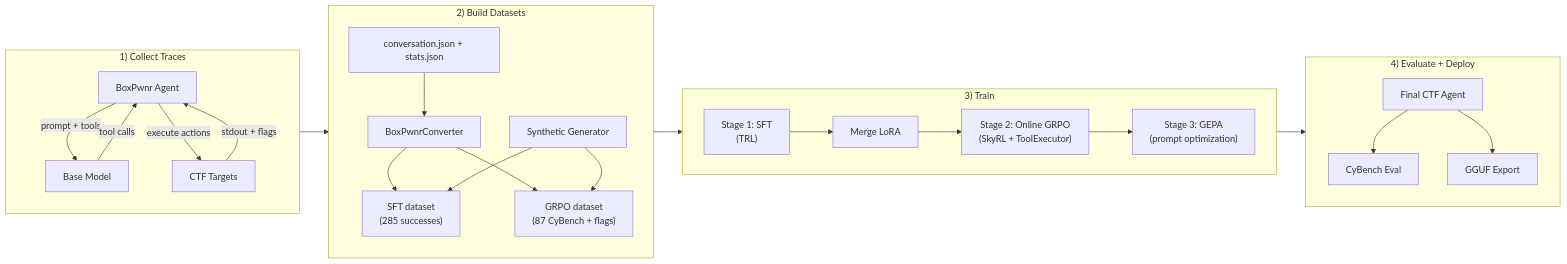
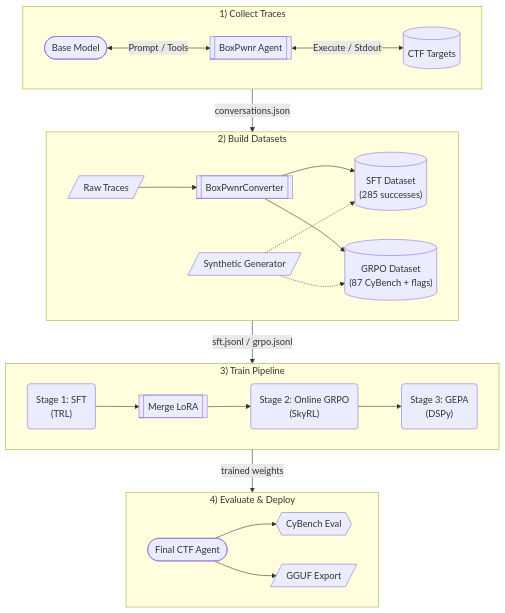
The first of 3 diagrams in README.md (westonbrown/open-ctf-env), drawn with Mermaid before and after one commit. The commit also changed other lines of this file and 17 other files, not shown here.

Commit message:
docs: refine, semanticize, and simplify mermaid architecture charts

````diff
--- a/README.md
+++ b/README.md
@@ -18,31 +18,33 @@
 ```mermaid
-flowchart LR
+flowchart TD
     subgraph collect["1) Collect Traces"]
-        box["BoxPwnr Agent"] -- "prompt + tools" --> model["Base Model"]
-        model -- "tool calls" --> box
-        box -- "execute actions" --> targets["CTF Targets"]
-        targets -- "stdout + flags" --> box
+        direction LR
+        Model(["Base Model"]) <-->|Prompt / Tools| Box[["BoxPwnr Agent"]]
+        Box <-->|Execute / Stdout| Targets[("CTF Targets")]
     end
 
     subgraph convert["2) Build Datasets"]
-        traces["conversation.json + stats.json"] --> converter["BoxPwnrConverter"]
-        converter --> sft_data["SFT dataset<br/>(285 successes)"]
-        converter --> grpo_data["GRPO dataset<br/>(87 CyBench + flags)"]
-        synth["Synthetic Generator"] --> sft_data
-        synth --> grpo_data
+        direction LR
+        Traces[/"Raw Traces"/] --> Converter[["BoxPwnrConverter"]]
+        Converter --> SFT_DB[("SFT Dataset<br/>(285 successes)")]
+        Converter --> GRPO_DB[("GRPO Dataset<br/>(87 CyBench + flags)")]
+        Synth[/"Synthetic Generator"/] -.-> SFT_DB & GRPO_DB
     end
 
-    subgraph train["3) Train"]
+    subgraph train["3) Train Pipeline"]
         direction LR
-        sft["Stage 1: SFT<br/>(TRL)"] --> merge["Merge LoRA"]
-        merge --> grpo["Stage 2: Online GRPO<br/>(SkyRL + ToolExecutor)"]
-        grpo --> gepa["Stage 3: GEPA<br/>(prompt optimization)"]
+        SFT("Stage 1: SFT<br/>(TRL)") --> Merge[["Merge LoRA"]]
+        Merge --> GRPO("Stage 2: Online GRPO<br/>(SkyRL)")
+        GRPO --> GEPA("Stage 3: GEPA<br/>(DSPy)")
     end
 
-    subgraph deploy["4) Evaluate + Deploy"]
-        final_model["Final CTF Agent"] --> eval_bench["CyBench Eval"]
-        final_model --> export["GGUF Export"]
+    subgraph deploy["4) Evaluate & Deploy"]
+        direction LR
+        Final(["Final CTF Agent"]) --> Eval{{"CyBench Eval"}}
+        Final --> Export[/"GGUF Export"/]
     end
 
-    collect --> convert --> train --> deploy
+    collect -->|conversations.json| convert
+    convert -->|sft.jsonl / grpo.jsonl| train
+    train -->|trained weights| deploy
 ```
````
